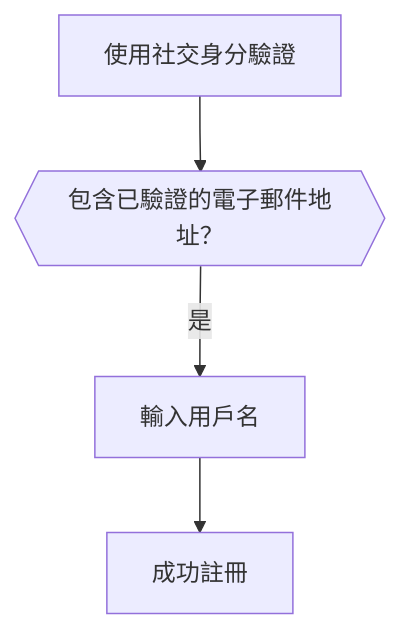
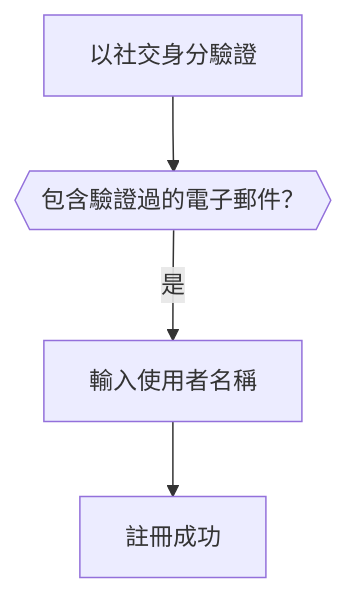
Before and after one commit to logto-io/docs: the third of 6 diagrams in i18n/zh-TW/docusaurus-plugin-content-docs/current/end-user-flows/sign-up-and-sign-in/social-sign-in.mdx, drawn with Mermaid. The commit also changed other lines of this file and 59 other files, not shown here.

````diff
--- a/i18n/zh-TW/docusaurus-plugin-content-docs/current/end-user-flows/sign-up-and-sign-in/social-sign-in.mdx
+++ b/i18n/zh-TW/docusaurus-plugin-content-docs/current/end-user-flows/sign-up-and-sign-in/social-sign-in.mdx
@@ -135,6 +110,6 @@
    ```mermaid
    flowchart TD
-      A[使用社交身分驗證] --> B{{包含已驗證的電子郵件地址？}}
-      B -- 是 --> C[輸入用戶名]
-      C --> D[成功註冊]
+      A[以社交身分驗證] --> B{{包含驗證過的電子郵件？}}
+      B -- 是 --> C[輸入使用者名稱]
+      C --> D[註冊成功]
    ```
````
